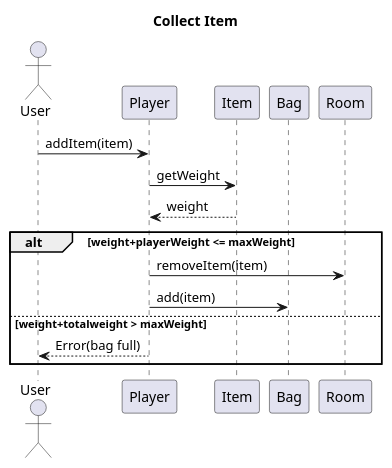
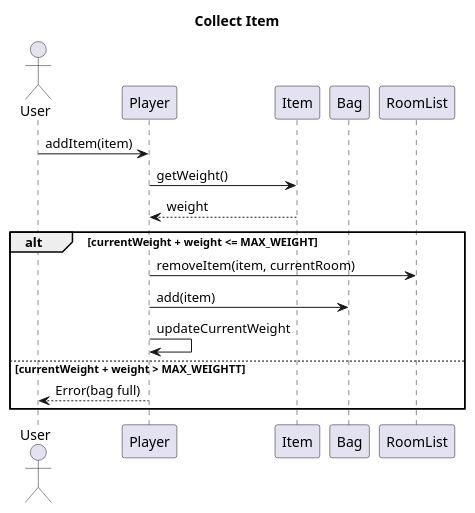
Before and after one commit to EDIDS/EDIDS_Proj: the diagram in src/main/java/com/extraction/uml/uml diagrams/Internal Sequence Diagrams/Collect-Item.puml, drawn with PlantUML. The commit also changed 5 other files, not shown here.

Commit message:
Updated internal sequence diagrams.

```diff
--- a/src/main/java/com/extraction/uml/uml diagrams/Internal Sequence Diagrams/Collect-Item.puml
+++ b/src/main/java/com/extraction/uml/uml diagrams/Internal Sequence Diagrams/Collect-Item.puml
@@ -1,22 +1,23 @@
 @startuml
 
 title Collect Item
 
 actor User
 participant Player
 participant Item
 participant Bag
-participant Room
+participant RoomList
 
 
 User -> Player : addItem(item)
-Player -> Item : getWeight
+Player -> Item : getWeight()
 return weight
-alt weight+playerWeight <= maxWeight
-  Player -> Room : removeItem(item)
-  Player -> Bag : add(item)
-else weight+totalweight > maxWeight
-  Player --> User : Error(bag full)
+alt currentWeight + weight <= MAX_WEIGHT
+    Player -> RoomList : removeItem(item, currentRoom)
+    Player -> Bag : add(item)
+    Player -> Player : updateCurrentWeight
+else currentWeight + weight > MAX_WEIGHTT
+    Player --> User : Error(bag full)
 end
 
 @enduml
```
